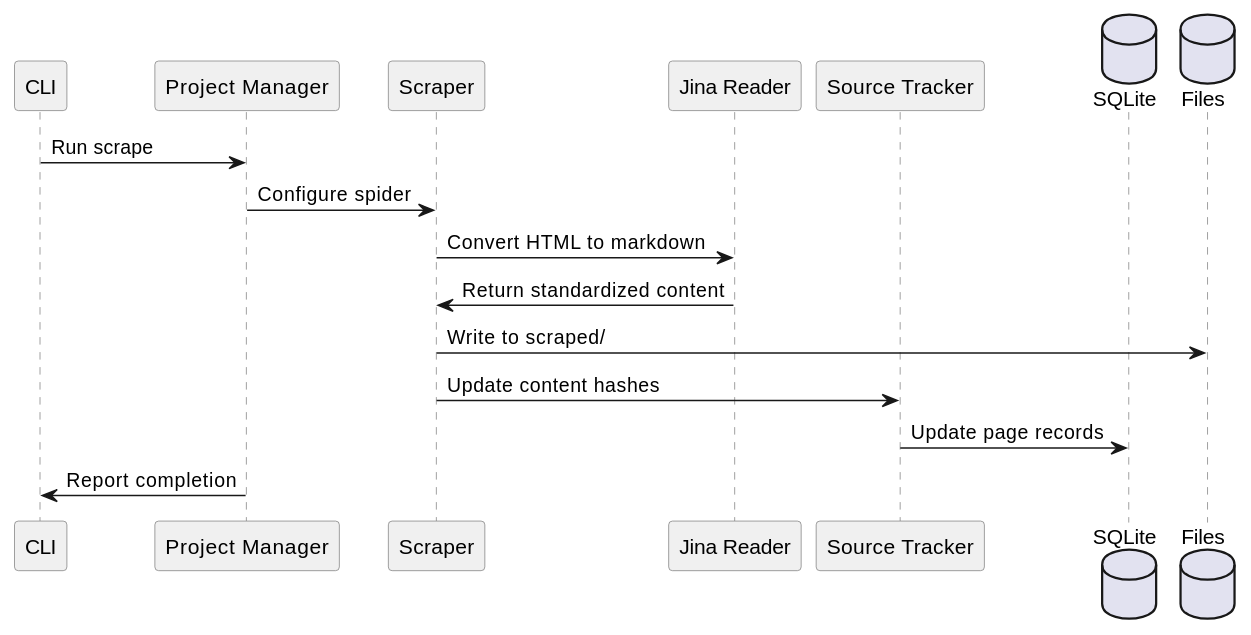
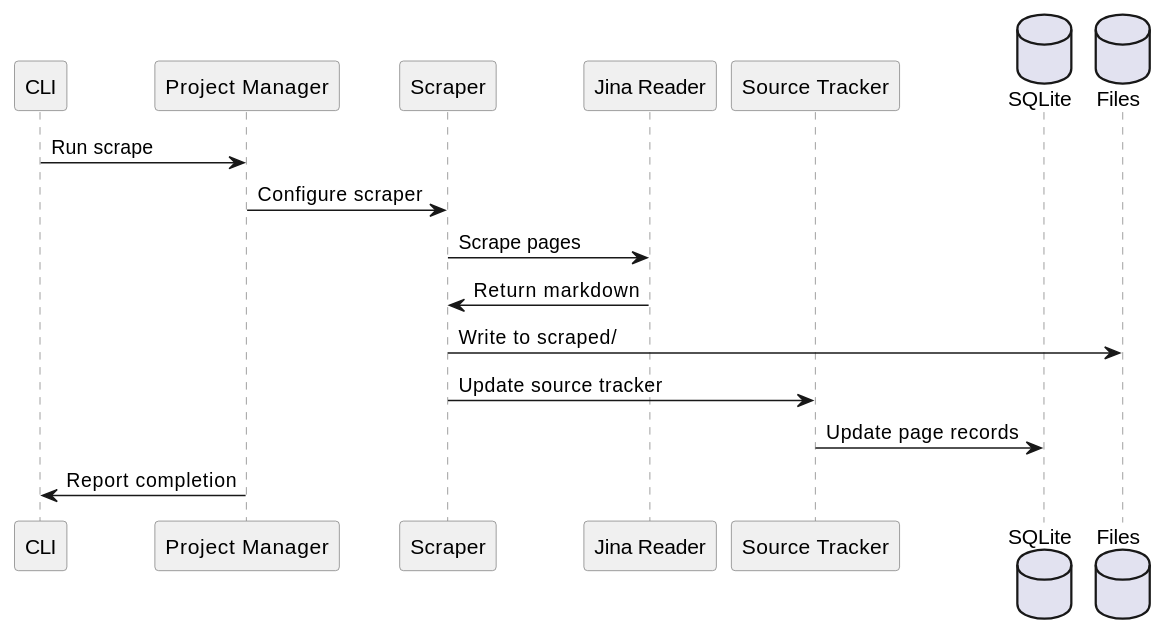
Before and after one commit to olafgeibig/meta-prompter: the fourth of 7 diagrams in specs/project.md, drawn with PlantUML. The commit also changed other lines of this file and 25 other files, not shown here.

````diff
--- a/specs/project.md
+++ b/specs/project.md
@@ -219,27 +219,27 @@
 ```plantuml
 @startuml
 skinparam backgroundColor #FFFFFF
 skinparam sequence {
     LifeLineBorderColor #808080
     ParticipantBorderColor #808080
     ParticipantBackgroundColor #F0F0F0
 }
 
 participant "CLI" as CLI
 participant "Project Manager" as PM
 participant "Scraper" as SC
 participant "Jina Reader" as JR
 participant "Source Tracker" as ST
 database "SQLite" as DB
 database "Files" as FS
 
 CLI -> PM: Run scrape
-PM -> SC: Configure spider
-SC -> JR: Convert HTML to markdown
-JR -> SC: Return standardized content
+PM -> SC: Configure scraper
+SC -> JR: Scrape pages
+JR -> SC: Return markdown
 SC -> FS: Write to scraped/
-SC -> ST: Update content hashes
+SC -> ST: Update source tracker
 ST -> DB: Update page records
 PM -> CLI: Report completion
 @enduml
 ```
````
